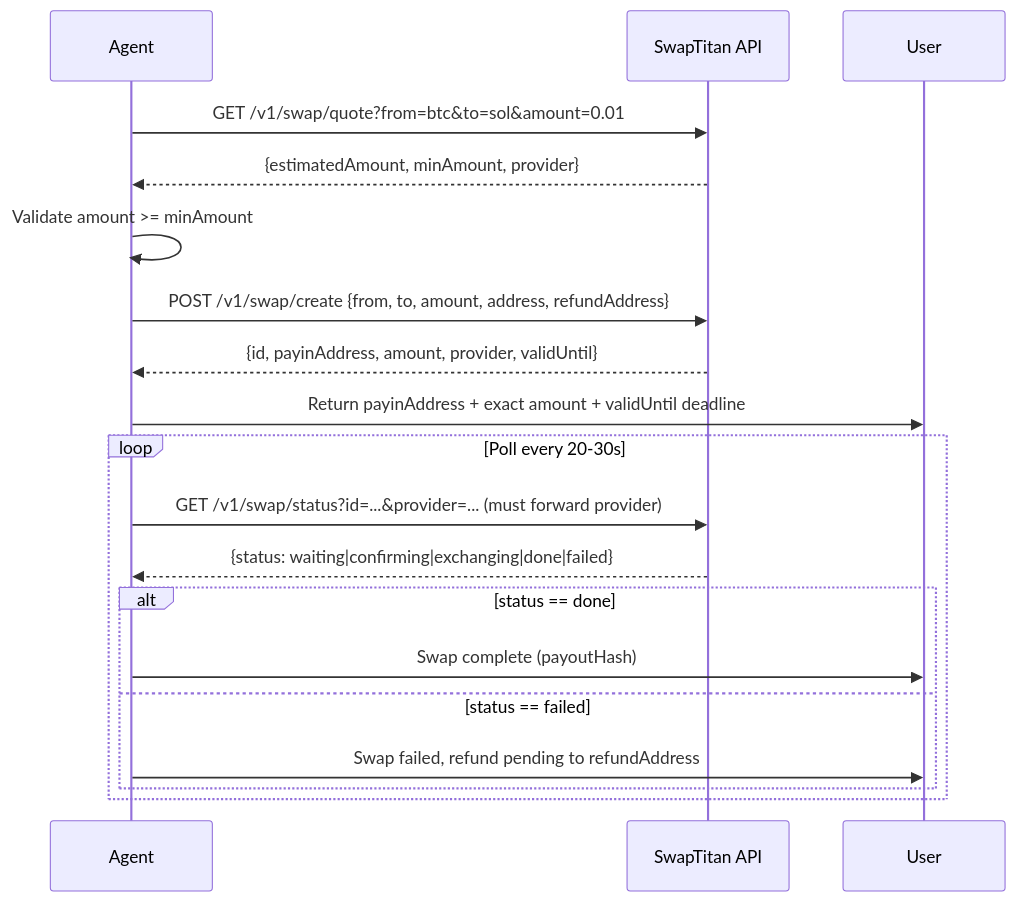
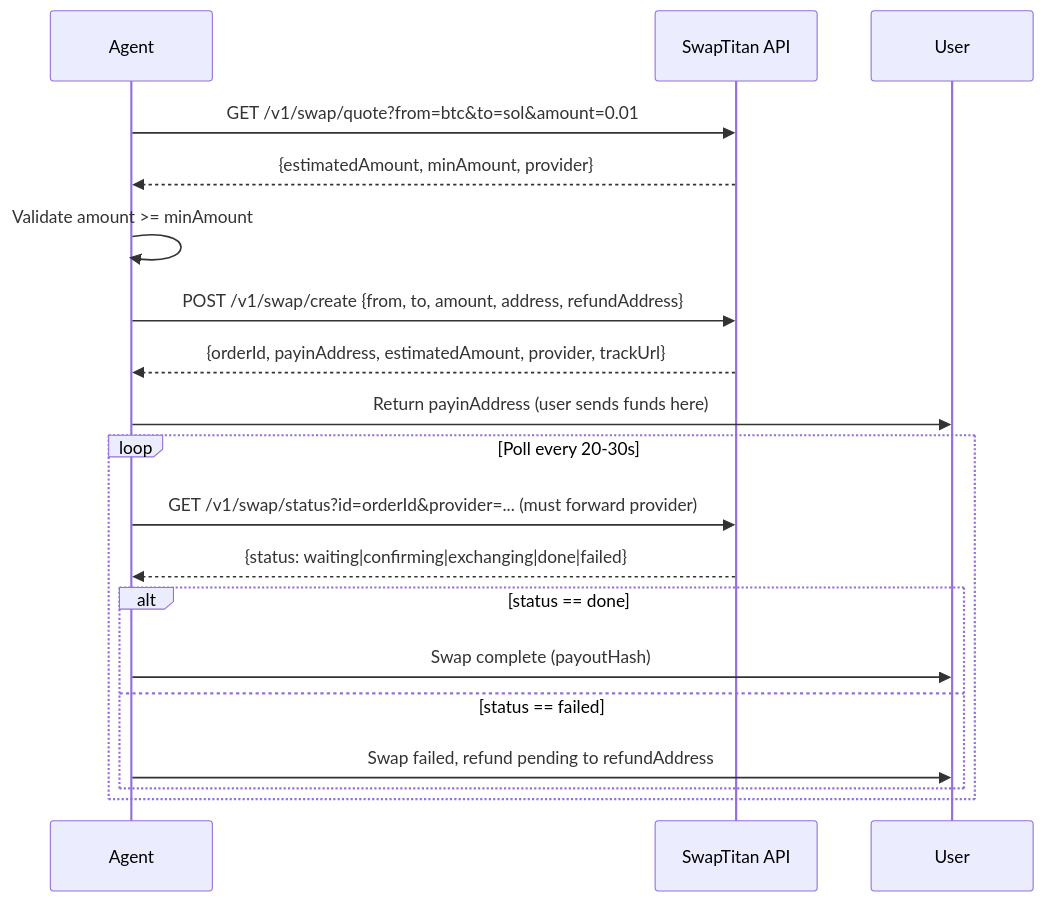
Before and after one commit to polsolbridge/pay-skills: the diagram in providers/swaptitan/swap/PAY.md, drawn with Mermaid. The commit also changed other lines of this file, not shown here.

Commit message:
Fix: align PAY.md with live API (orderId, estimatedAmount, remove validUntil)

````diff
--- a/providers/swaptitan/swap/PAY.md
+++ b/providers/swaptitan/swap/PAY.md
@@ -47,26 +47,26 @@
 ```mermaid
 sequenceDiagram
     participant Agent
     participant SwapTitan as SwapTitan API
     participant User
 
     Agent->>SwapTitan: GET /v1/swap/quote?from=btc&to=sol&amount=0.01
     SwapTitan-->>Agent: {estimatedAmount, minAmount, provider}
 
     Agent->>Agent: Validate amount >= minAmount
 
     Agent->>SwapTitan: POST /v1/swap/create {from, to, amount, address, refundAddress}
-    SwapTitan-->>Agent: {id, payinAddress, amount, provider, validUntil}
+    SwapTitan-->>Agent: {orderId, payinAddress, estimatedAmount, provider, trackUrl}
 
-    Agent->>User: Return payinAddress + exact amount + validUntil deadline
+    Agent->>User: Return payinAddress (user sends funds here)
 
     loop Poll every 20-30s
-        Agent->>SwapTitan: GET /v1/swap/status?id=...&provider=... (must forward provider)
+        Agent->>SwapTitan: GET /v1/swap/status?id=orderId&provider=... (must forward provider)
         SwapTitan-->>Agent: {status: waiting|confirming|exchanging|done|failed}
         alt status == done
             Agent->>User: Swap complete (payoutHash)
         else status == failed
             Agent->>User: Swap failed, refund pending to refundAddress
         end
     end
 ```
````
